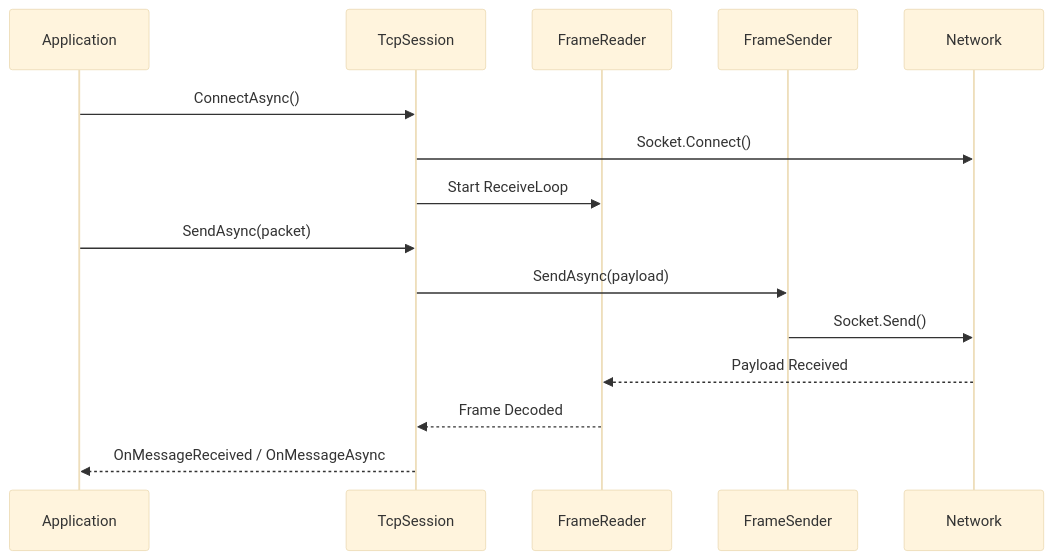
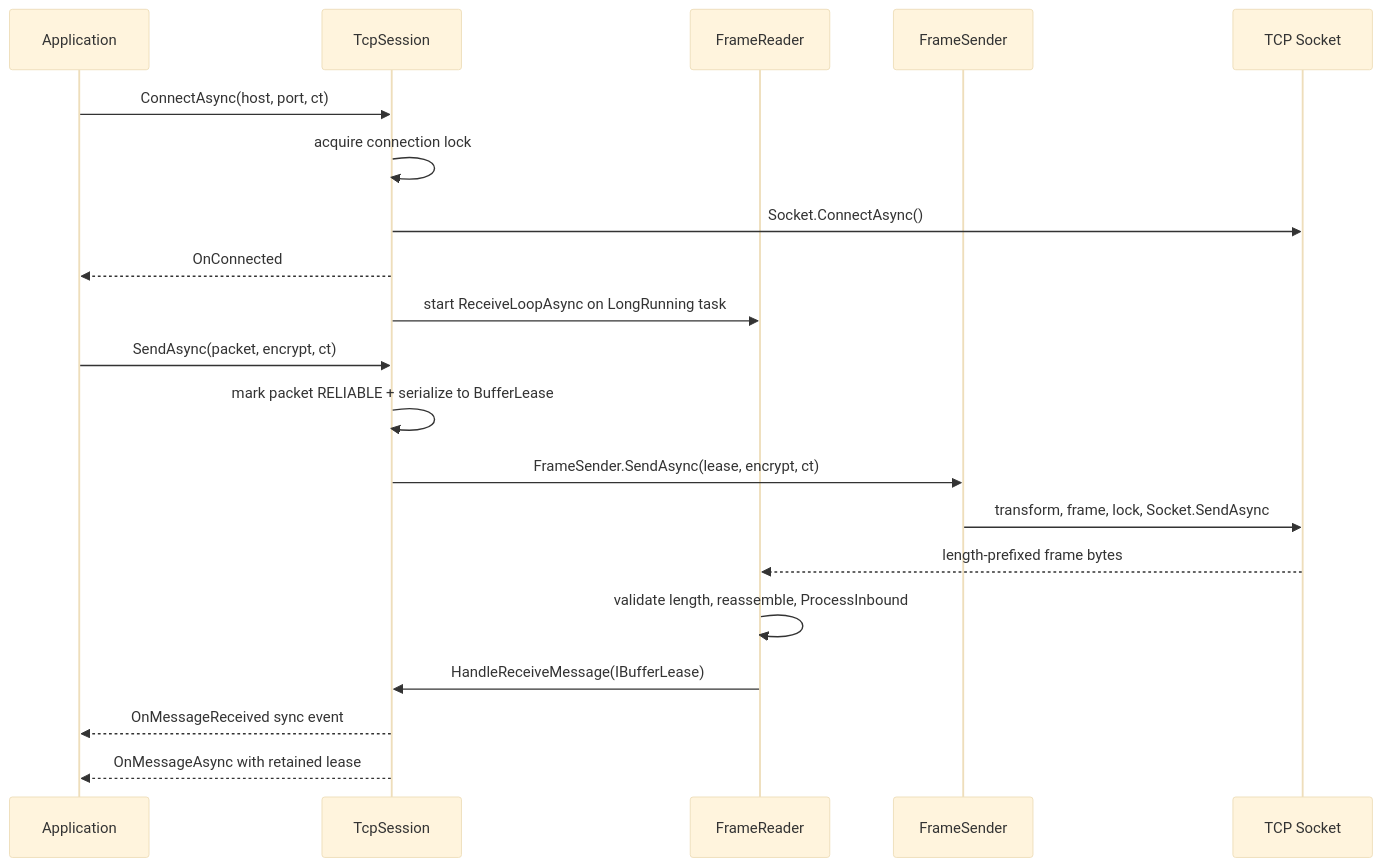
The diagram in docs/api/sdk/tcp-session.md (ppn-systems/Nalix), drawn with Mermaid (base theme) before and after one commit. The commit also changed other lines of this file and 114 other files, not shown here.

````diff
--- a/docs/api/sdk/tcp-session.md
+++ b/docs/api/sdk/tcp-session.md
@@ -7,18 +10,23 @@
 ```mermaid
 sequenceDiagram
     participant A as Application
     participant S as TcpSession
     participant R as FrameReader
     participant W as FrameSender
-    participant N as Network
-    
-    A->>S: ConnectAsync()
-    S->>N: Socket.Connect()
-    S->>R: Start ReceiveLoop
-    A->>S: SendAsync(packet)
-    S->>W: SendAsync(payload)
-    W->>N: Socket.Send()
-    N-->>R: Payload Received
-    R-->>S: Frame Decoded
-    S-->>A: OnMessageReceived / OnMessageAsync
+    participant N as TCP Socket
+
+    A->>S: ConnectAsync(host, port, ct)
+    S->>S: acquire connection lock
+    S->>N: Socket.ConnectAsync()
+    S-->>A: OnConnected
+    S->>R: start ReceiveLoopAsync on LongRunning task
+    A->>S: SendAsync(packet, encrypt, ct)
+    S->>S: mark packet RELIABLE + serialize to BufferLease
+    S->>W: FrameSender.SendAsync(lease, encrypt, ct)
+    W->>N: transform, frame, lock, Socket.SendAsync
+    N-->>R: length-prefixed frame bytes
+    R->>R: validate length, reassemble, ProcessInbound
+    R->>S: HandleReceiveMessage(IBufferLease)
+    S-->>A: OnMessageReceived sync event
+    S-->>A: OnMessageAsync with retained lease
 ```
````
